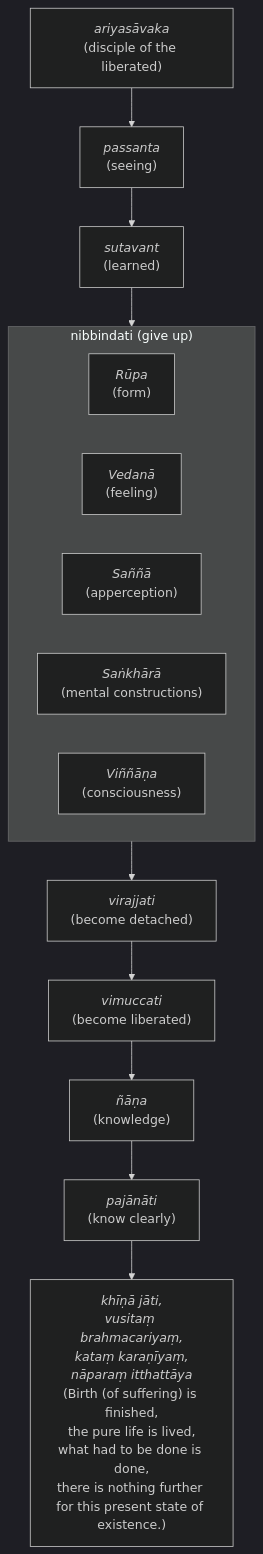
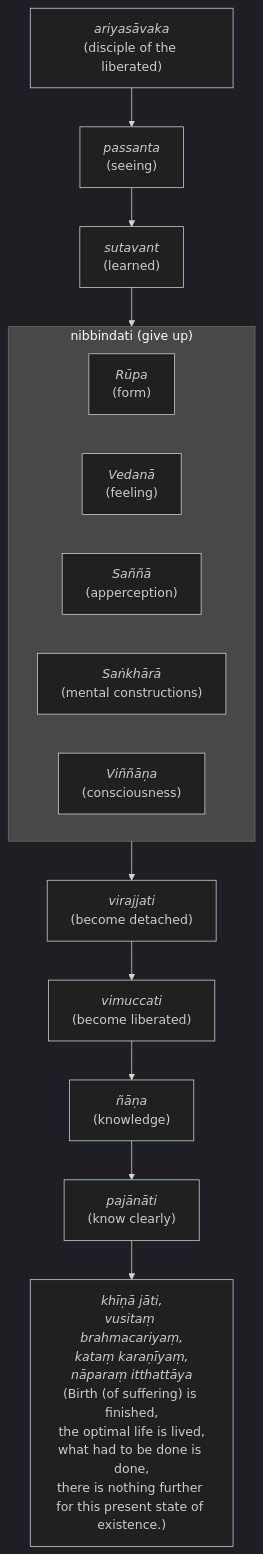
One commit to ChristineTham/buddhavacana changed the second of 2 diagrams in src/content/docs/Sutta/collections.mdx. Above: the diagram before and after it, drawn with Mermaid (dark theme). The commit also changed other lines of this file and 23 other files, not shown here.

First line of the commit message:
fix(content): brahmacariya "optimal life", dhātu "component", ādesanā "mind reading" site-wide

````diff
--- a/src/content/docs/Sutta/collections.mdx
+++ b/src/content/docs/Sutta/collections.mdx
@@ -374,37 +374,37 @@
 ```mermaid
 graph
   A["`*ariyasāvaka*
   (disciple of the liberated)`"] --> P
   P["`*passanta*
   (seeing)`"] --> A0
   A0["`*sutavant*
   (learned)`"] --> A1
 subgraph A1["nibbindati (give up)"]
     R["`*Rūpa*
     (form)`"]
     V["`*Vedanā*
     (feeling)`"]
     S["`*Saññā*
     (apperception)`"]
     S2["`*Saṅkhārā*
     (mental constructions)`"]
     V2["`*Viññāṇa*
     (consciousness)`"]
   end
 A1 --> A2["`*virajjati*
 (become detached)`"] -->
 A3["`*vimuccati*
 (become liberated)`"] -->
 A4["`*ñāṇa*
 (knowledge)`"] -->
 A5["`*pajānāti*
 (know clearly)`"] -->
 A6["`*khīṇā jāti,
 vusitaṃ brahmacariyaṃ,
 kataṃ karaṇīyaṃ,
 nāparaṃ itthattāya*
 (Birth (of suffering) is finished,
-the pure life is lived,
+the optimal life is lived,
 what had to be done is done,
 there is nothing further for this present state of existence.)`"]
 ```
````
